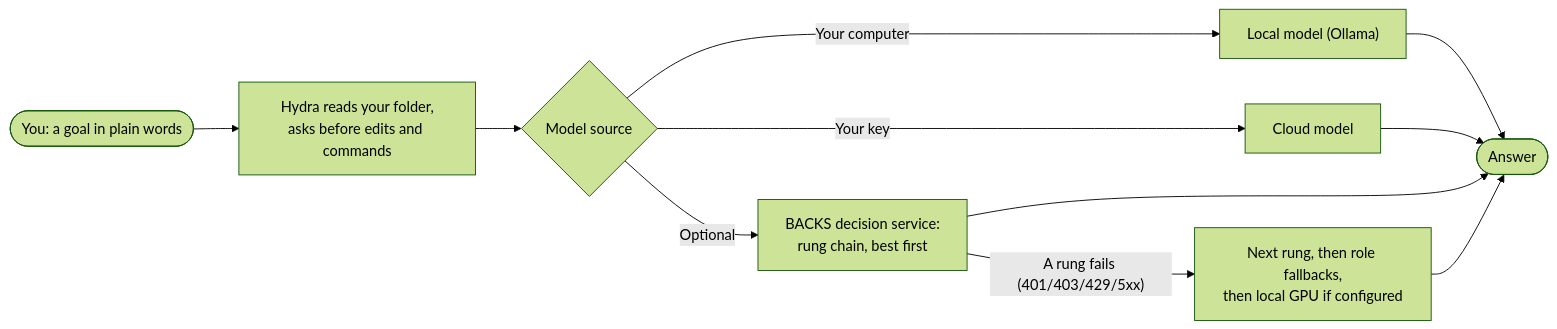
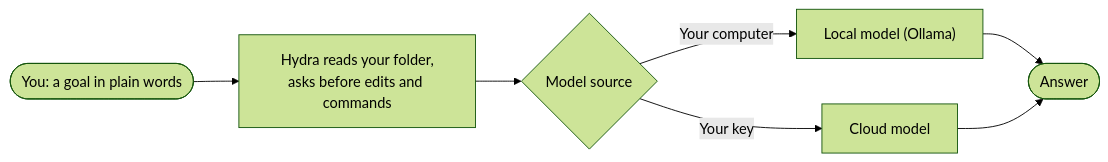
One commit to Tcuzzo/HydraAgent_public changed the diagram in README.md. Above: the diagram before and after it, drawn with Mermaid (forest theme). The commit also changed other lines of this file and 63 other files, not shown here.

````diff
--- a/README.md
+++ b/README.md
@@ -22,13 +22,9 @@
 ```mermaid
 flowchart LR
     You(["You: a goal in plain words"]) --> H["Hydra reads your folder,<br/>asks before edits and commands"]
     H --> R{"Model source"}
     R -->|"Your computer"| L["Local model (Ollama)"]
     R -->|"Your key"| C["Cloud model"]
-    R -->|"Optional"| B["BACKS decision service:<br/>rung chain, best first"]
-    B -->|"A rung fails (401/403/429/5xx)"| N["Next rung, then role fallbacks,<br/>then local GPU if configured"]
     L --> A(["Answer"])
     C --> A
-    B --> A
-    N --> A
 ```
````
